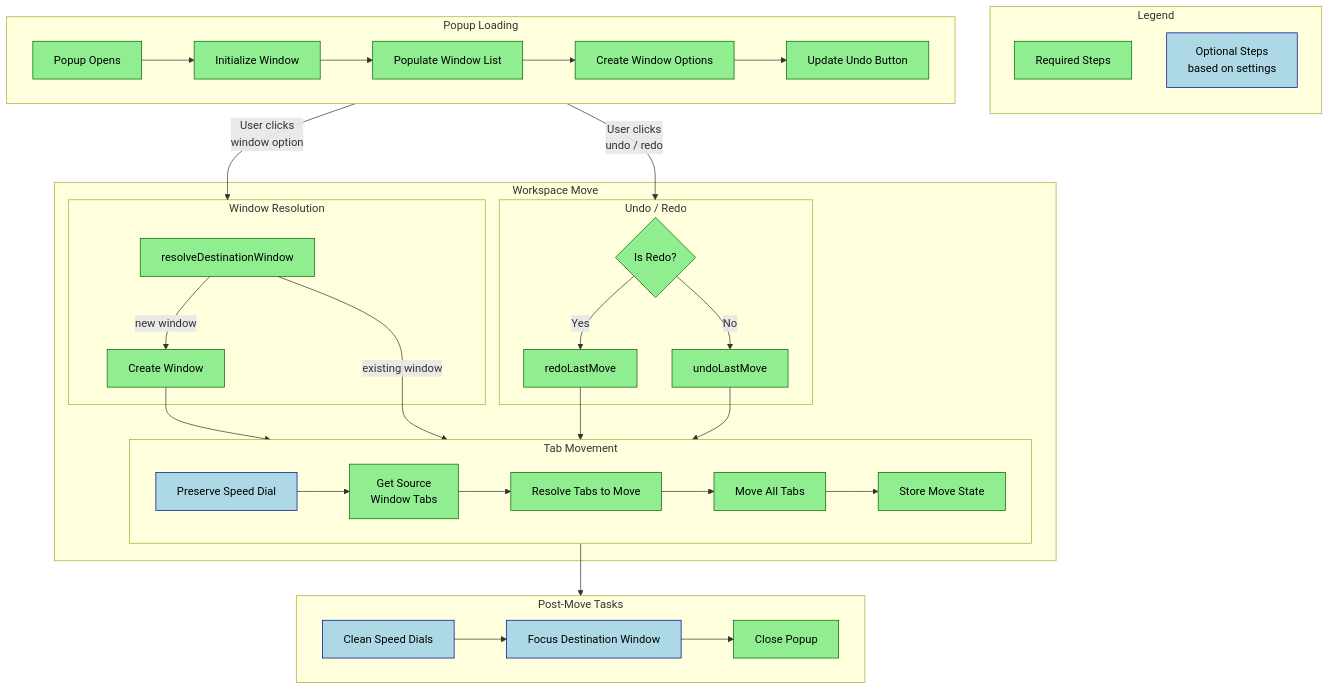
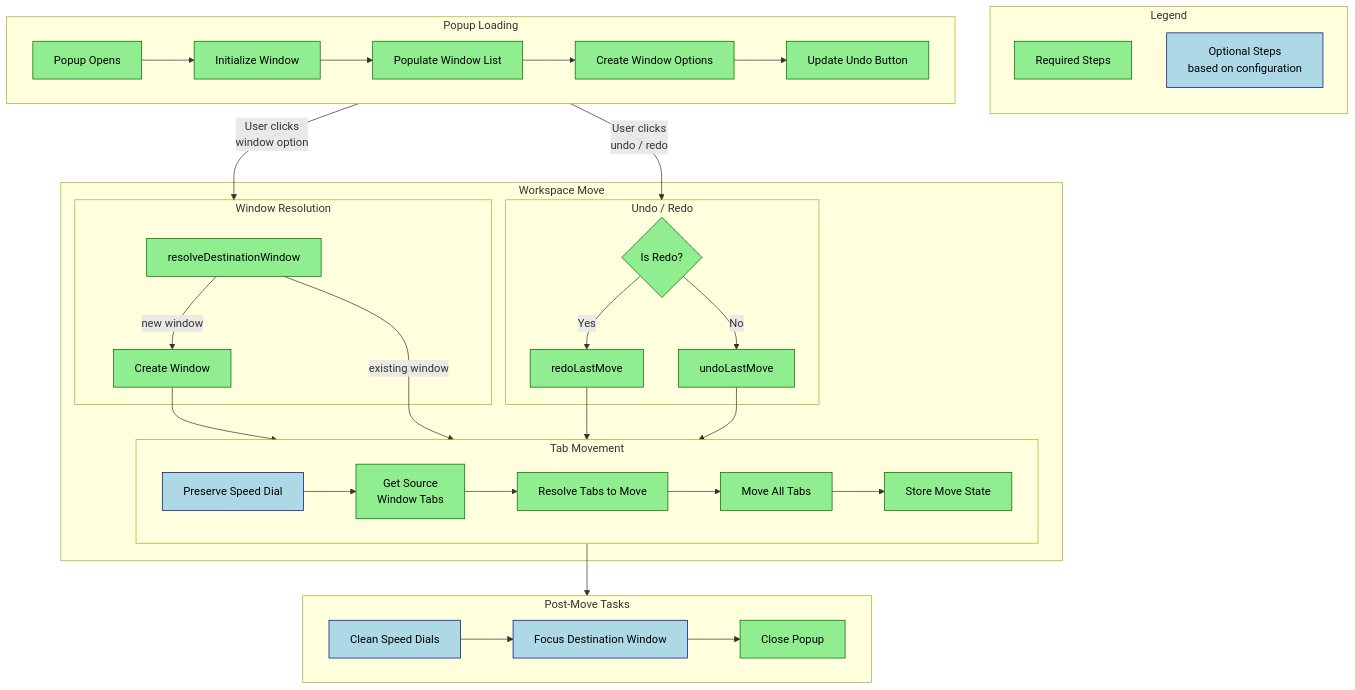
Before and after one commit to torynet/opera-workspace-tab-manager: the diagram in docs/development/diagrams.md, drawn with Mermaid. The commit also changed 8 other files, not shown here.

````diff
--- a/docs/development/diagrams.md
+++ b/docs/development/diagrams.md
@@ -5,56 +5,56 @@
 ```mermaid
 flowchart TD
     classDef required fill:#90EE90,stroke:#006400,color:#000
     classDef optional fill:#ADD8E6,stroke:#000080,color:#000
 
     subgraph Legend[Legend]
         direction TB
         Required[Required Steps]:::required
-        Optional[Optional Steps<br>based on settings]:::optional
+        Optional[Optional Steps<br>based on configuration]:::optional
     end
 
     subgraph PL[Popup Loading]
         Start[Popup Opens]:::required --> Init[Initialize Window]:::required
         Init --> Pop[Populate Window List]:::required
         Pop --> CreateOpt[Create Window Options]:::required
         CreateOpt --> UpdateBtn[Update Undo Button]:::required
     end
 
     PL --> |"User clicks
             window option"| WR
     PL --> |"User clicks
             undo / redo"| UR
 
     subgraph Workspace Move
         subgraph WR[Window Resolution]
             Resolve[resolveDestinationWindow]:::required
             Resolve --> |"new window"| Create[Create Window]:::required
         end
 
         subgraph TM[Tab Movement]
             Preserve[Preserve Speed Dial]:::optional --> GetTabs[Get Source<br>Window Tabs]:::required
             GetTabs --> ResTabs[Resolve Tabs to Move]:::required
             ResTabs --> MoveTabs[Move All Tabs]:::required
             MoveTabs --> Store[Store Move State]:::required
         end
 
         subgraph UR[Undo / Redo]
             Check{Is Redo?}:::required
             Check -->|Yes| Redo[redoLastMove]:::required
             Check -->|No| Undo[undoLastMove]:::required
         end
 
         Create --> TM
         Resolve --> |"existing window"| TM
         Redo --> TM
         Undo --> TM
     end
 
     TM --> PMT
 
     subgraph PMT[Post-Move Tasks]
         Clean[Clean Speed Dials]:::optional
         Clean --> Focus[Focus Destination Window]:::optional
         Focus --> Close[Close Popup]:::required
     end
 ```
````
